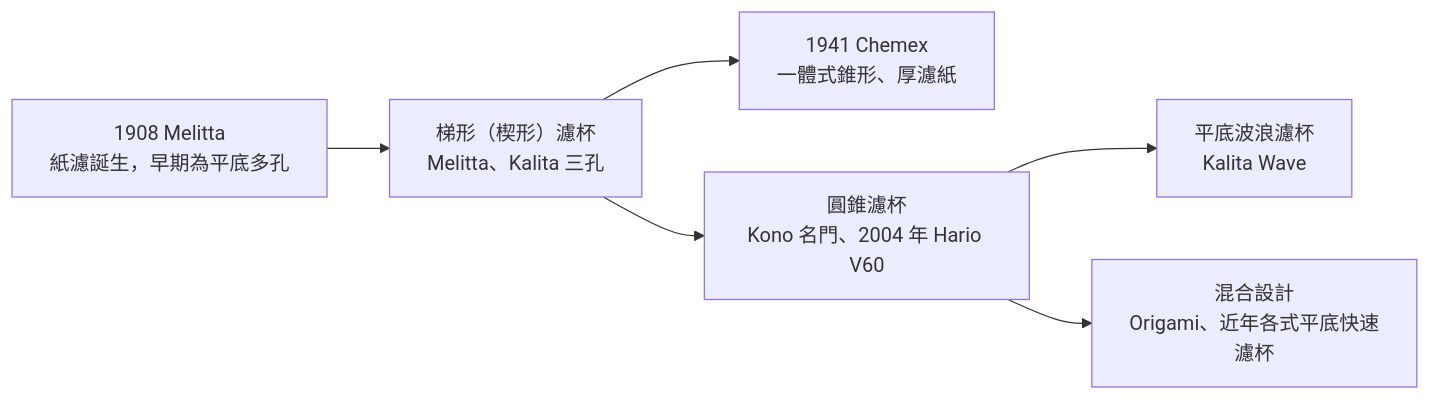
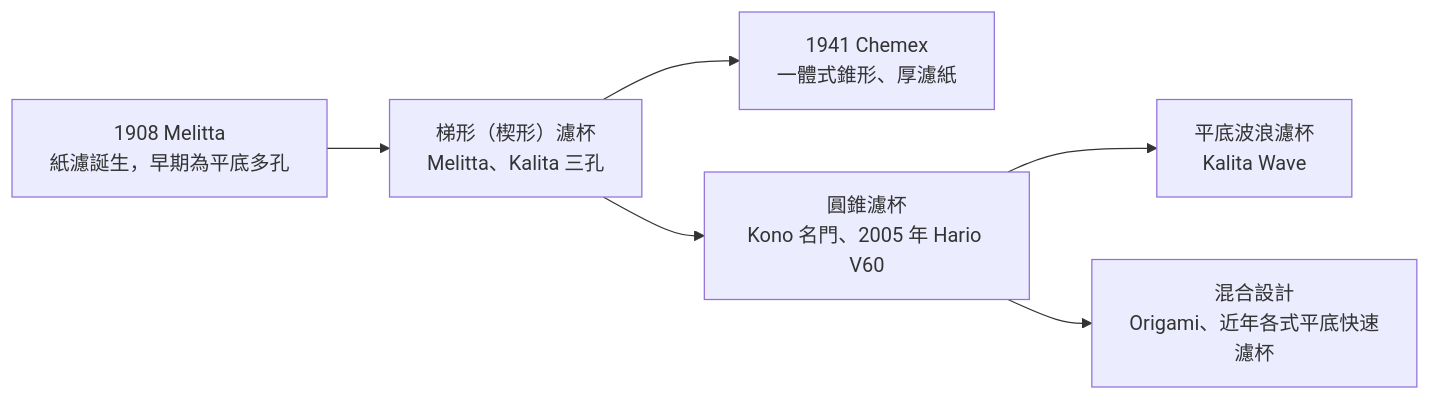
One commit to sean1093/dongka changed the diagram in src/content/lessons/05.md. Above: the diagram before and after it, drawn with Mermaid. The commit also changed other lines of this file and 7 other files, not shown here.

````diff
--- a/src/content/lessons/05.md
+++ b/src/content/lessons/05.md
@@ -450,8 +452,8 @@
 ```mermaid
 flowchart LR
     A["1908 Melitta<br>紙濾誕生，早期為平底多孔"] --> B["梯形（楔形）濾杯<br>Melitta、Kalita 三孔"]
     B --> C["1941 Chemex<br>一體式錐形、厚濾紙"]
-    B --> D["圓錐濾杯<br>Kono 名門、2004 年 Hario V60"]
+    B --> D["圓錐濾杯<br>Kono 名門、2005 年 Hario V60"]
     D --> E["平底波浪濾杯<br>Kalita Wave"]
     D --> F["混合設計<br>Origami、近年各式平底快速濾杯"]
 ```
````
